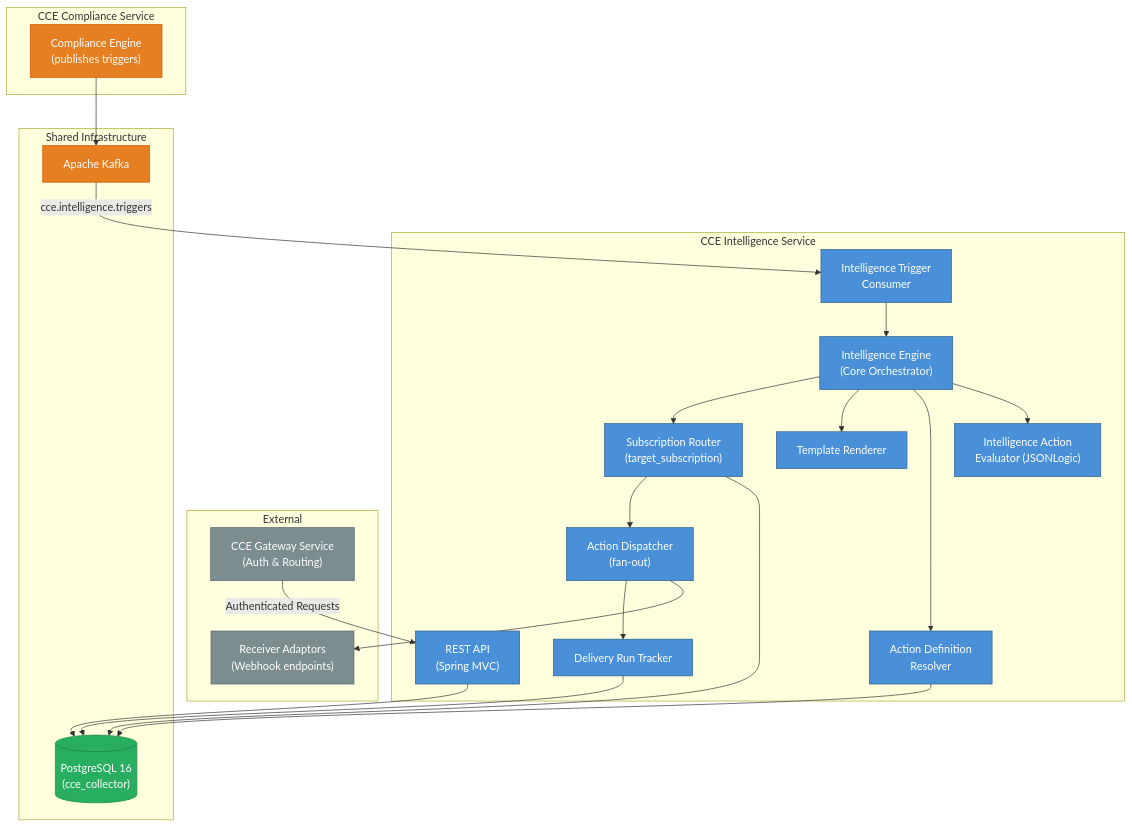
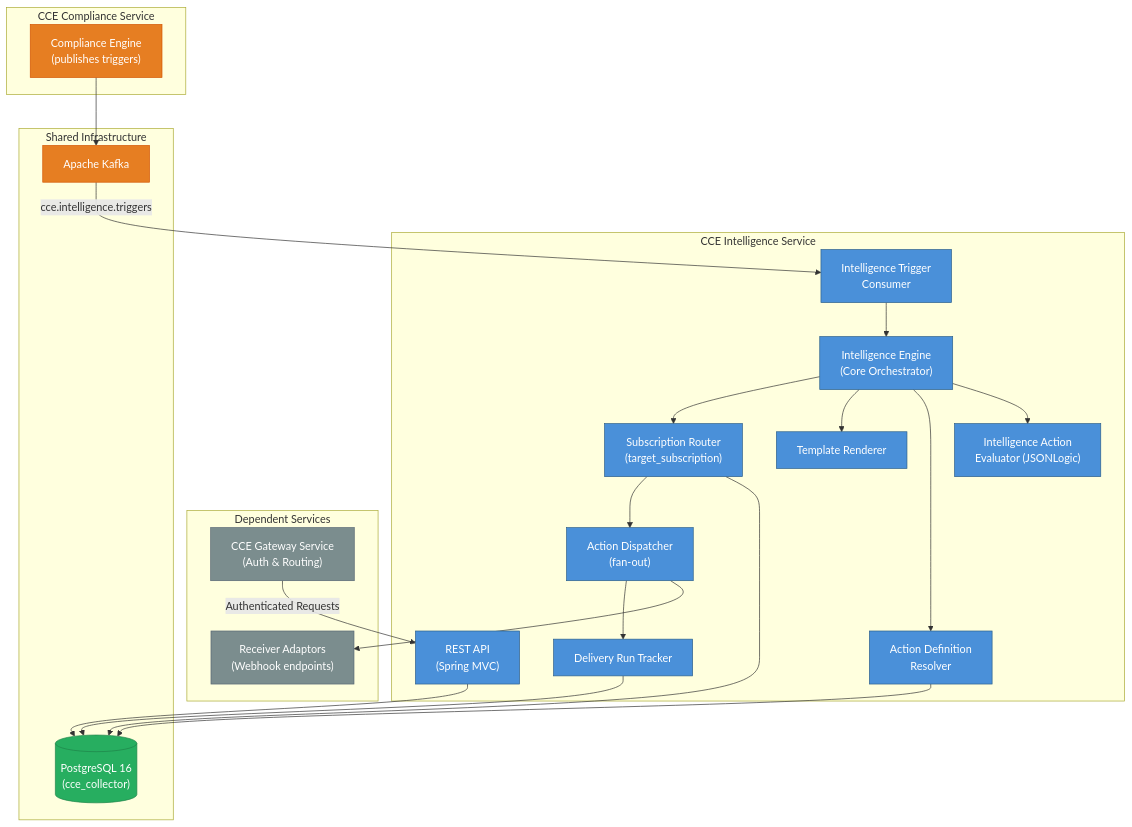
One commit to Jayaprakash8887/cce-intelligence-service changed the first of 6 diagrams in docs/architecture-overview.md. Above: the diagram before and after it, drawn with Mermaid. The commit also changed other lines of this file and 1 other file, not shown here.

Commit message:
documentation update

````diff
--- a/docs/architecture-overview.md
+++ b/docs/architecture-overview.md
@@ -9,54 +9,54 @@
 ```mermaid
 graph TB
-    subgraph External
+    subgraph Dependent Services
         GATEWAY["CCE Gateway Service<br/>(Auth & Routing)"]
         RECEIVER_WH["Receiver Adaptors<br/>(Webhook endpoints)"]
     end
 
     subgraph CCE Intelligence Service
         CONSUMER["Intelligence Trigger<br/>Consumer"]
         ENGINE["Intelligence Engine<br/>(Core Orchestrator)"]
         EVALUATOR["Intelligence Action<br/>Evaluator (JSONLogic)"]
         RESOLVER["Action Definition<br/>Resolver"]
         RENDERER["Template Renderer"]
         ROUTER["Subscription Router<br/>(target_subscription)"]
         DISPATCHER["Action Dispatcher<br/>(fan-out)"]
         TRACKER["Delivery Run Tracker"]
         API["REST API<br/>(Spring MVC)"]
     end
 
     subgraph Shared Infrastructure
         DB[("PostgreSQL 16<br/>(cce_collector)")]
         KAFKA["Apache Kafka"]
     end
 
     subgraph CCE Compliance Service
         COMPLIANCE["Compliance Engine<br/>(publishes triggers)"]
     end
 
     COMPLIANCE --> KAFKA
     KAFKA -->|"cce.intelligence.triggers"| CONSUMER
     CONSUMER --> ENGINE
     ENGINE --> EVALUATOR
     ENGINE --> RESOLVER
     RESOLVER --> DB
     ENGINE --> RENDERER
     ENGINE --> ROUTER
     ROUTER --> DB
     ROUTER --> DISPATCHER
     DISPATCHER --> RECEIVER_WH
     DISPATCHER --> TRACKER
     TRACKER --> DB
     API --> DB
     GATEWAY -->|"Authenticated Requests"| API
 
     classDef service fill:#4A90D9,stroke:#2C5F8A,color:white
     classDef external fill:#7B8D8E,stroke:#566573,color:white
     classDef data fill:#27AE60,stroke:#1E8449,color:white
     classDef broker fill:#E67E22,stroke:#D35400,color:white
 
     class CONSUMER,ENGINE,EVALUATOR,RESOLVER,RENDERER,ROUTER,DISPATCHER,TRACKER,API service
     class GATEWAY,RECEIVER_WH external
     class DB data
     class KAFKA,COMPLIANCE broker
 ```
````
